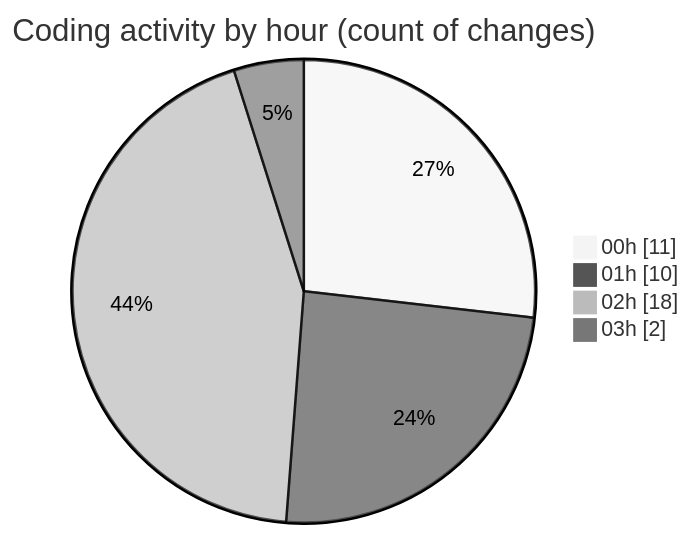
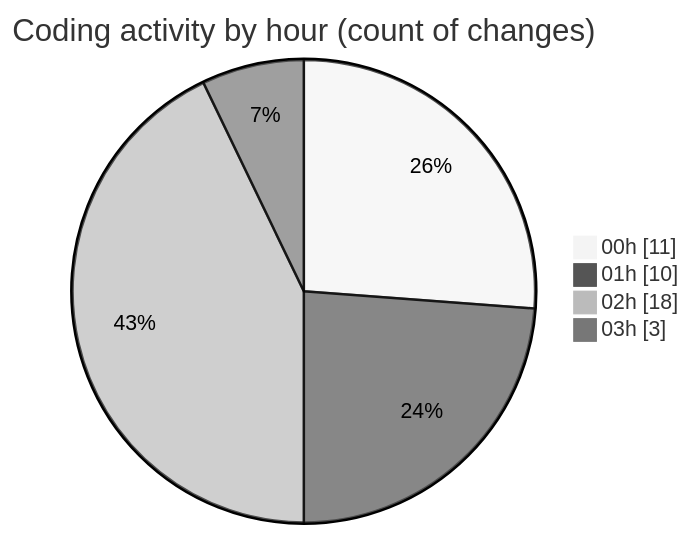
One commit to julien-gomy/code-tracking changed the second of 2 diagrams in 2025-11-02/cdp_aleoudev_fr__workspace_/README.md. Above: the diagram before and after it, drawn with Mermaid (neutral theme). The commit also changed other lines of this file and 1 other file, not shown here.

````diff
--- a/2025-11-02/cdp_aleoudev_fr__workspace_/README.md
+++ b/2025-11-02/cdp_aleoudev_fr__workspace_/README.md
@@ -32,8 +32,8 @@
 ```mermaid
 pie showData
 title Coding activity by hour (count of changes)
 "00h" : 11
 "01h" : 10
 "02h" : 18
-"03h" : 2
+"03h" : 3
 ```
````
